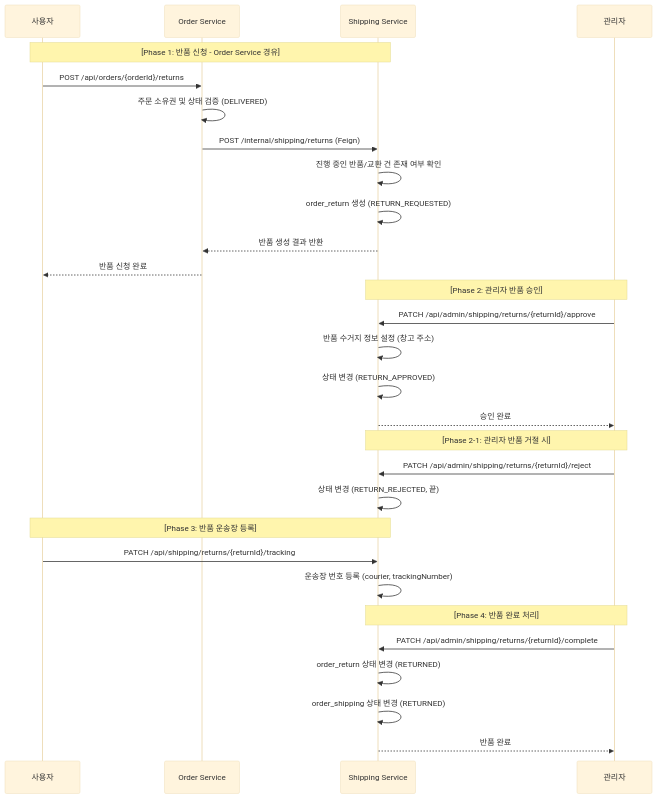
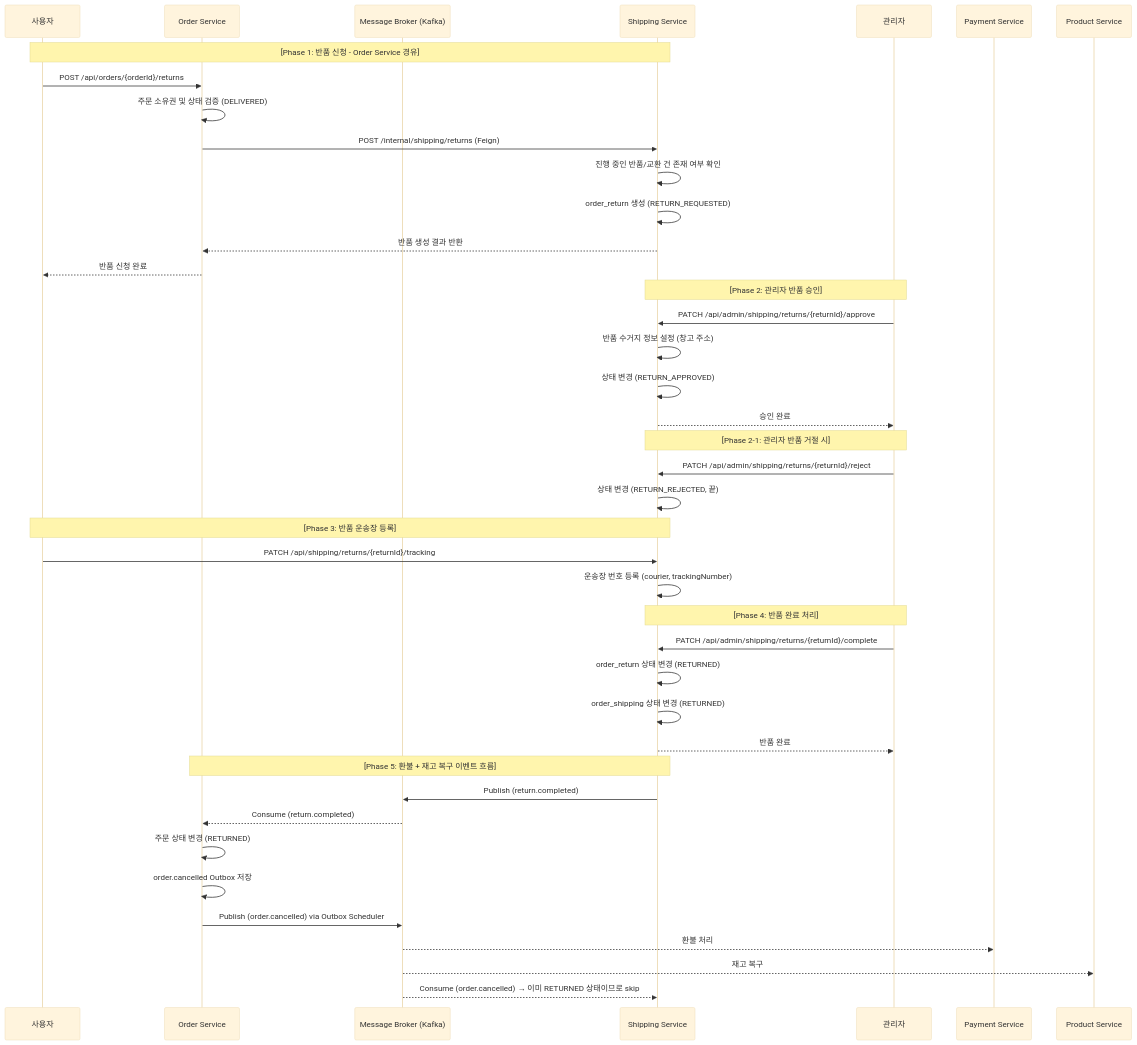
Before and after one commit to gr1993/ecommerce-msa: the third of 4 diagrams in service/shipping-service/README.md, drawn with Mermaid (base theme). The commit also changed other lines of this file and 4 other files, not shown here.

Commit message:
feat(shipping): return.completed 발행 로직 구현

````diff
--- a/service/shipping-service/README.md
+++ b/service/shipping-service/README.md
@@ -115,36 +115,49 @@
 ```mermaid
 sequenceDiagram
     participant User as 사용자
     participant Order as Order Service
+    participant Broker as Message Broker (Kafka)
     participant Ship as Shipping Service
     participant Admin as 관리자
+    participant Payment as Payment Service
+    participant Product as Product Service
 
     Note over User, Ship: [Phase 1: 반품 신청 - Order Service 경유]
     User->>Order: POST /api/orders/{orderId}/returns
     Order->>Order: 주문 소유권 및 상태 검증 (DELIVERED)
     Order->>Ship: POST /internal/shipping/returns (Feign)
     Ship->>Ship: 진행 중인 반품/교환 건 존재 여부 확인
     Ship->>Ship: order_return 생성 (RETURN_REQUESTED)
     Ship-->>Order: 반품 생성 결과 반환
     Order-->>User: 반품 신청 완료
 
     Note over Admin, Ship: [Phase 2: 관리자 반품 승인]
     Admin->>Ship: PATCH /api/admin/shipping/returns/{returnId}/approve
     Ship->>Ship: 반품 수거지 정보 설정 (창고 주소)
     Ship->>Ship: 상태 변경 (RETURN_APPROVED)
     Ship-->>Admin: 승인 완료
 
     Note over Admin, Ship: [Phase 2-1: 관리자 반품 거절 시]
     Admin->>Ship: PATCH /api/admin/shipping/returns/{returnId}/reject
     Ship->>Ship: 상태 변경 (RETURN_REJECTED, 끝)
 
     Note over User, Ship: [Phase 3: 반품 운송장 등록]
     User->>Ship: PATCH /api/shipping/returns/{returnId}/tracking
     Ship->>Ship: 운송장 번호 등록 (courier, trackingNumber)
 
     Note over Admin, Ship: [Phase 4: 반품 완료 처리]
     Admin->>Ship: PATCH /api/admin/shipping/returns/{returnId}/complete
     Ship->>Ship: order_return 상태 변경 (RETURNED)
     Ship->>Ship: order_shipping 상태 변경 (RETURNED)
     Ship-->>Admin: 반품 완료
+
+    Note over Ship, Order: [Phase 5: 환불 + 재고 복구 이벤트 흐름]
+    Ship->>Broker: Publish (return.completed)
+    Broker-->>Order: Consume (return.completed)
+    Order->>Order: 주문 상태 변경 (RETURNED)
+    Order->>Order: order.cancelled Outbox 저장
+    Order->>Broker: Publish (order.cancelled) via Outbox Scheduler
+    Broker-->>Payment: 환불 처리
+    Broker-->>Product: 재고 복구
+    Broker-->>Ship: Consume (order.cancelled) → 이미 RETURNED 상태이므로 skip
 ```
````
